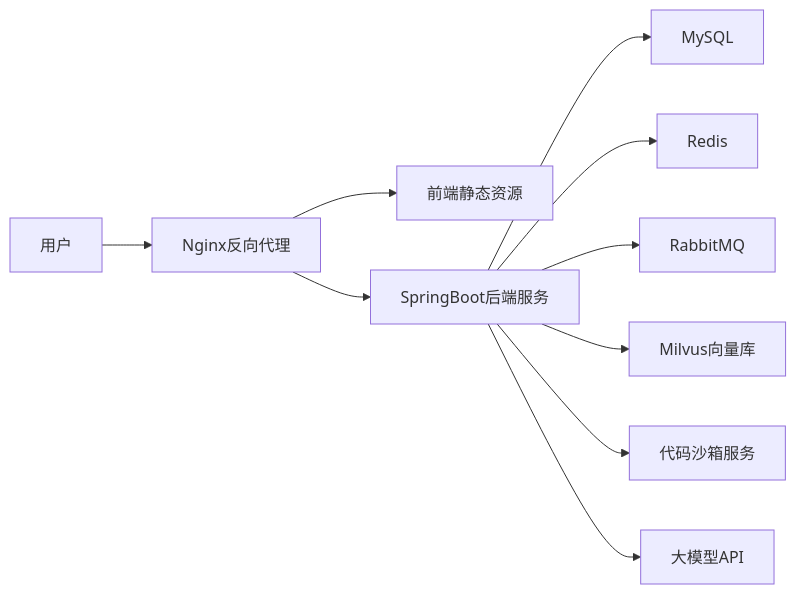
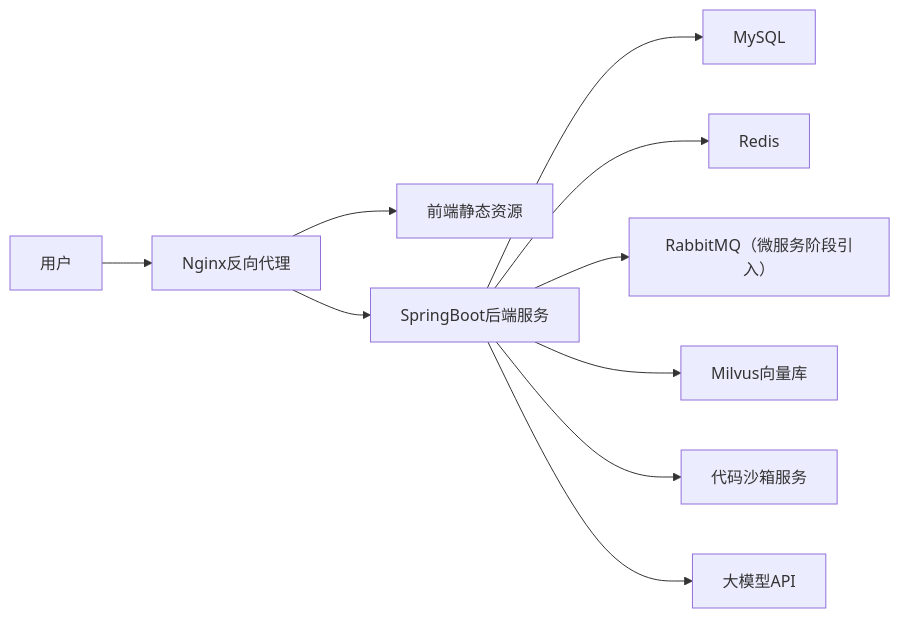
The fifth of 5 diagrams in MD/backend_dev_md/backend_dev.md (wangmengxxxi/xi_oj), drawn with Mermaid before and after one commit. The commit also changed other lines of this file and 2 other files, not shown here.

````diff
--- a/MD/backend_dev_md/backend_dev.md
+++ b/MD/backend_dev_md/backend_dev.md
@@ -2385,12 +2373,12 @@
 ```mermaid
 flowchart LR
     A[用户] --> B[Nginx反向代理]
     B --> C[前端静态资源]
     B --> D[SpringBoot后端服务]
     D --> E[MySQL]
     D --> F[Redis]
-    D --> G[RabbitMQ]
+    D --> G[RabbitMQ（微服务阶段引入）]
     D --> H[Milvus向量库]
     D --> I[代码沙箱服务]
     D --> J[大模型API]
 ```
````
